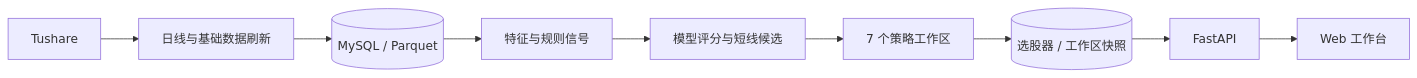
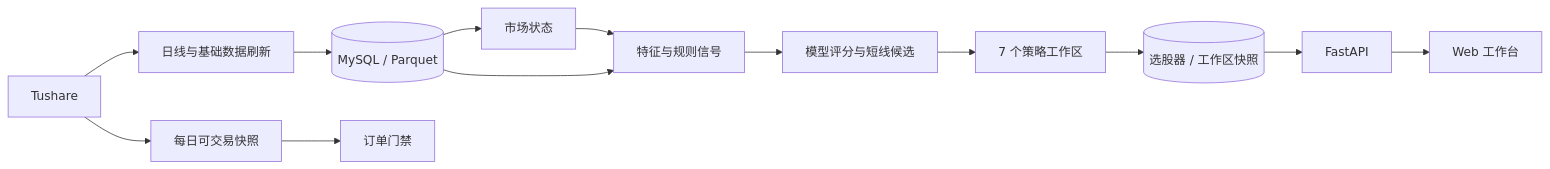
One commit to pDeathlok/quant changed the first of 3 diagrams in docs/architecture.md. Above: the diagram before and after it, drawn with Mermaid. The commit also changed other lines of this file and 65 other files, not shown here.

````diff
--- a/docs/architecture.md
+++ b/docs/architecture.md
@@ -9,11 +9,15 @@
 ```mermaid
 flowchart LR
     TS[Tushare] --> DR[日线与基础数据刷新]
     DR --> STORE[(MySQL / Parquet)]
+    TS --> TRAD[每日可交易快照]
+    STORE --> REGIME[市场状态]
+    TRAD --> GATE[订单门禁]
+    REGIME --> FEAT
     STORE --> FEAT[特征与规则信号]
     FEAT --> SCORE[模型评分与短线候选]
     SCORE --> WS[7 个策略工作区]
     WS --> SNAP[(选股器 / 工作区快照)]
     SNAP --> API[FastAPI]
     API --> WEB[Web 工作台]
 ```
````
